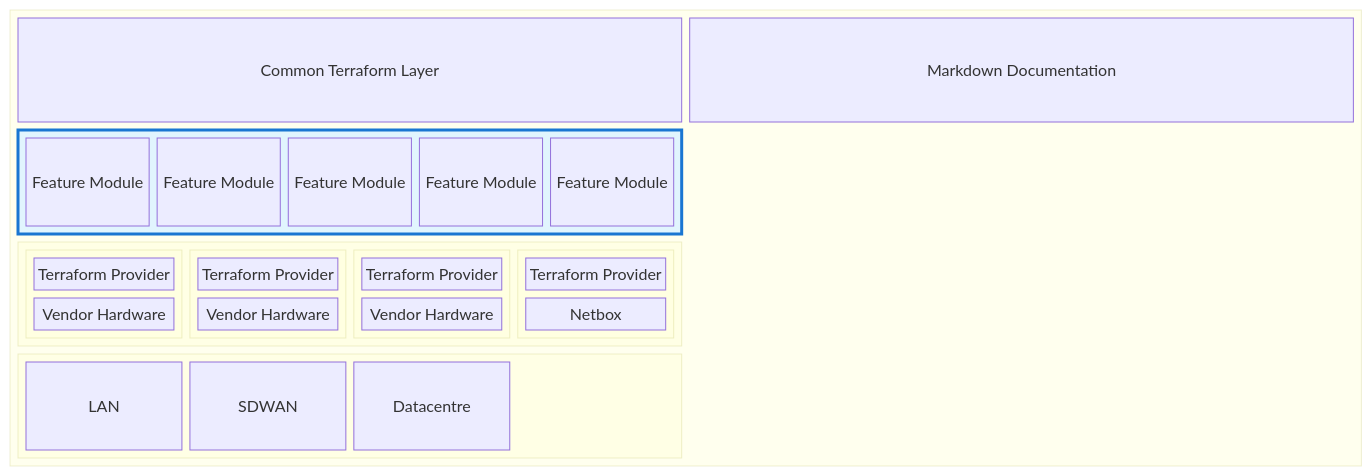
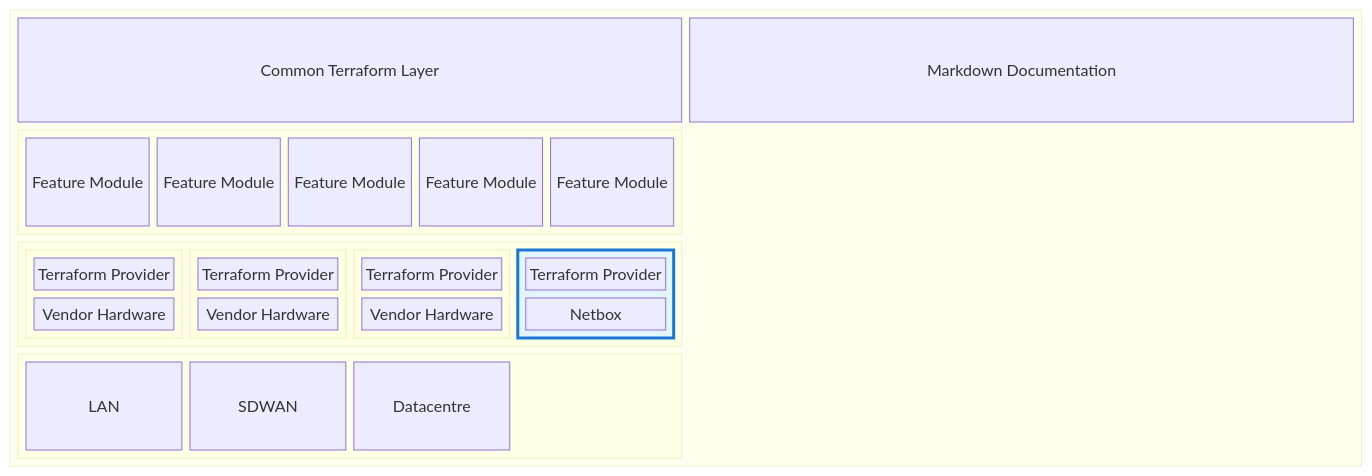
Before and after one commit to simonpainter/www.simonpainter.com: the fourth of 4 diagrams in blog/bringing-it-all-together.md, drawn with Mermaid. The commit also changed other lines of this file, not shown here.

````diff
--- a/blog/bringing-it-all-together.md
+++ b/blog/bringing-it-all-together.md
@@ -125,55 +125,54 @@
 ```mermaid
 
 block-beta
 
 block:Code
 columns 2
   TF["Common Terraform Layer"]
 
   
   MD["Markdown Documentation"]
     block:TerraformModules
     columns 5
     Module1["Feature Module"]
     Module2["Feature Module"]
     Module3["Feature Module"]
     Module4["Feature Module"]
     Module5["Feature Module"]
   end
   space
   block:TerraformProviders
     block:TerraformProvider1
     columns 1
     P1["Terraform Provider"]
-	V1["Vendor Hardware"]
-	end
+    V1["Vendor Hardware"]
+    end
     block:TerraformProvider2
     columns 1
     P2["Terraform Provider"]
-	V2["Vendor Hardware"]
-	end
+    V2["Vendor Hardware"]
+    end
         block:TerraformProvider3
     columns 1
     P3["Terraform Provider"]
-	V3["Vendor Hardware"]
-	end
+    V3["Vendor Hardware"]
+    end
 
             block:TerraformProvider4
     columns 1
     P4["Terraform Provider"]
-	V4["Netbox"]
-	end
+    V4["Netbox"]
+    end
   end
 space
   block:area
   columns 4
   A1["LAN"]
   A2["SDWAN"]
   A3["Datacentre"]
-  space  
+  space
   end
 end
 
-  style TerraformModules fill:#e1f5fe,stroke:#1976d2,stroke-width:3px
-
+  style TerraformProvider4 fill:#e1f5fe,stroke:#1976d2,stroke-width:3px
 ```
````
